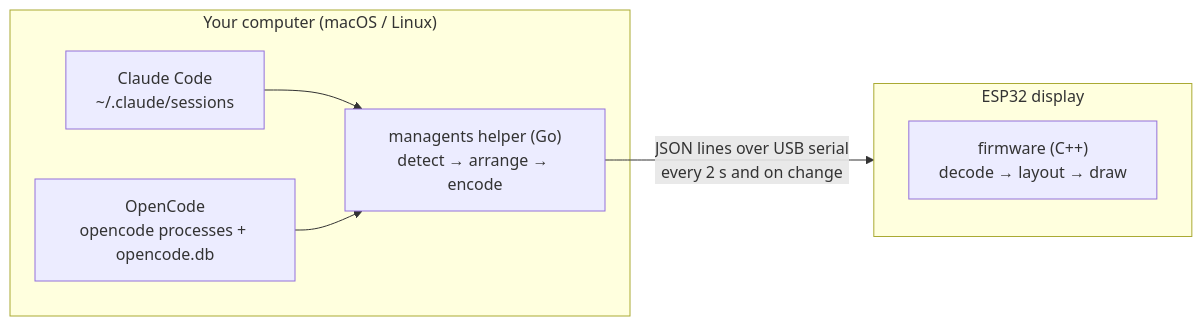
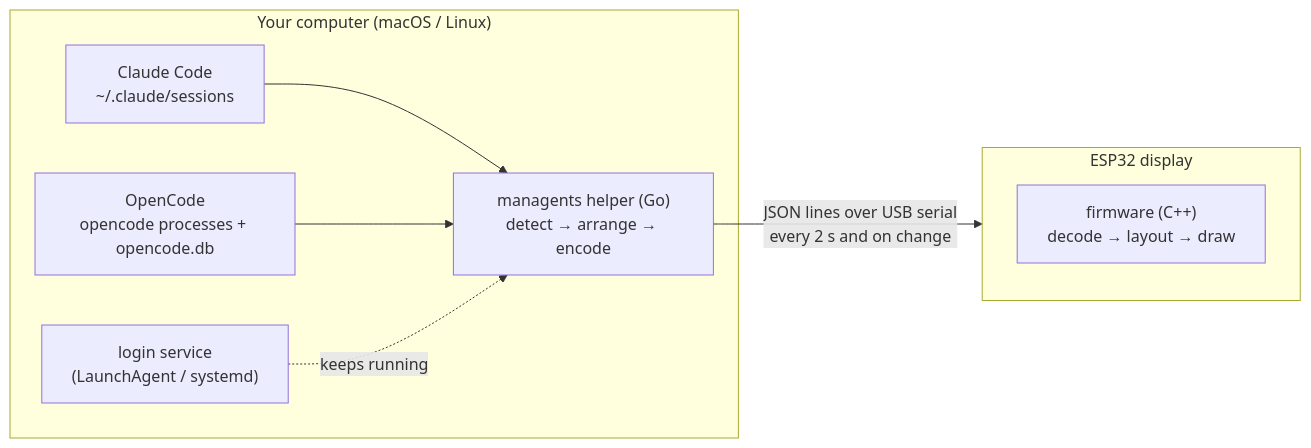
Before and after one commit to tonylook/managents: the diagram in README.md, drawn with Mermaid. The commit also changed other lines of this file, not shown here.

````diff
--- a/README.md
+++ b/README.md
@@ -27,12 +87,13 @@
 ```mermaid
 flowchart LR
     subgraph computer["Your computer (macOS / Linux)"]
         claude["Claude Code<br/>~/.claude/sessions"] --> helper
         opencode["OpenCode<br/>opencode processes + opencode.db"] --> helper
+        service["login service<br/>(LaunchAgent / systemd)"] -. keeps running .-> helper
         helper["managents helper (Go)<br/>detect → arrange → encode"]
     end
     helper -- "JSON lines over USB serial<br/>every 2 s and on change" --> display
     subgraph display["ESP32 display"]
         fw["firmware (C++)<br/>decode → layout → draw"]
     end
 ```
````
